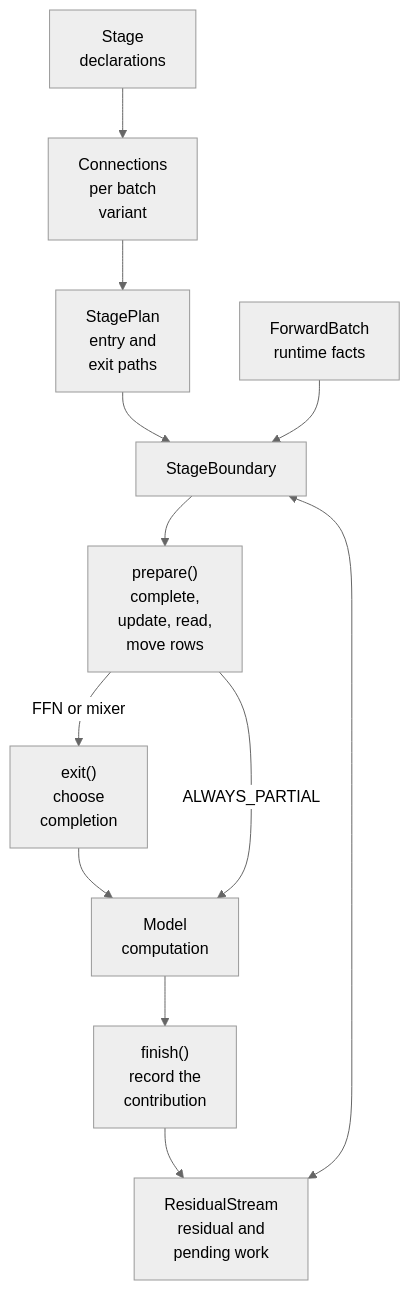
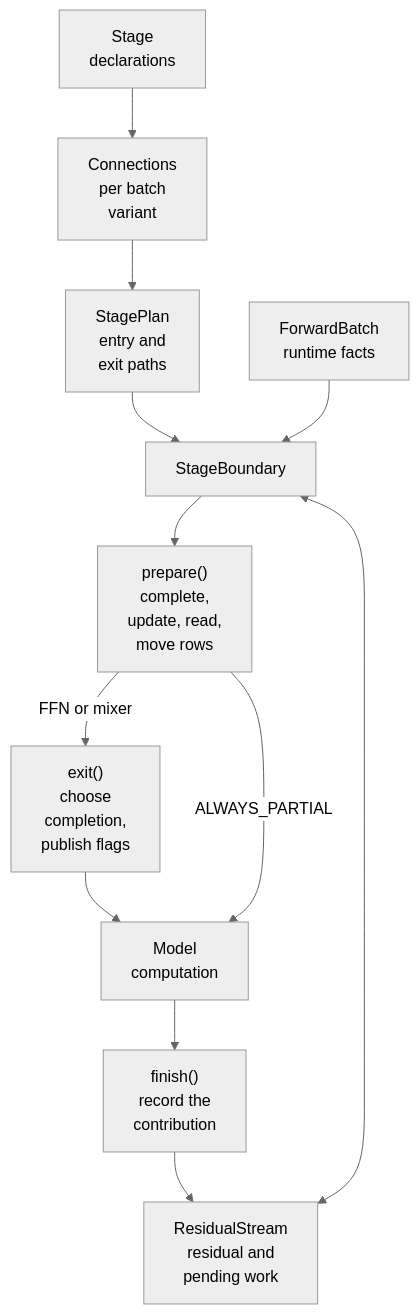
The diagram in docs/docs/developer_guide/layer_boundary.mdx (sgl-project/sglang), drawn with Mermaid (neutral theme) before and after one commit. The commit also changed other lines of this file and 3042 other files, not shown here.

````diff
--- a/docs/docs/developer_guide/layer_boundary.mdx
+++ b/docs/docs/developer_guide/layer_boundary.mdx
@@ -277,14 +268,14 @@
 ```mermaid
 flowchart TD
     D["Stage<br/>declarations"] --> C["Connections<br/>per batch<br/>variant"]
     C --> P["StagePlan<br/>entry and<br/>exit paths"]
     P --> B["StageBoundary"]
     F["ForwardBatch<br/>runtime facts"] --> B
     S["ResidualStream<br/>residual and<br/>pending work"] <--> B
     B --> I["prepare()<br/>complete,<br/>update, read,<br/>move rows"]
-    I -->|"FFN or mixer"| X["exit()<br/>choose<br/>completion"]
+    I -->|"FFN or mixer"| X["exit()<br/>choose<br/>completion,<br/>publish flags"]
     X --> M["Model<br/>computation"]
     I -->|"ALWAYS_PARTIAL"| M
     M --> O["finish()<br/>record the<br/>contribution"]
     O --> S
 ```
````
